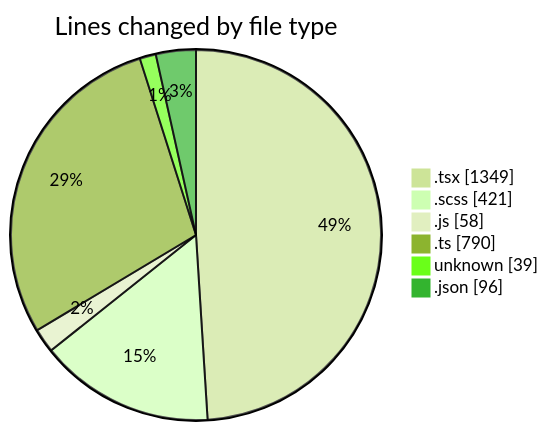
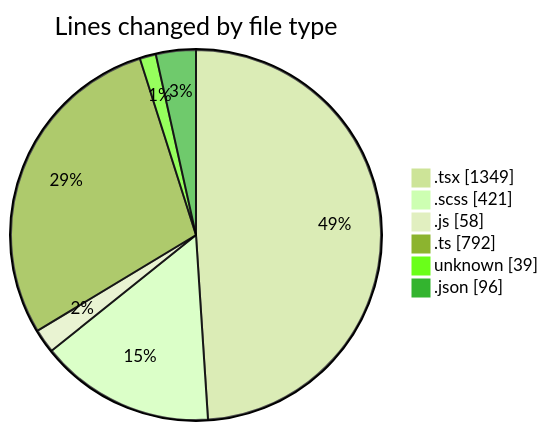
Before and after one commit to momahboobian/code-tracking: the first of 2 diagrams in 2025-05-02/cda/README.md, drawn with Mermaid (forest theme). The commit also changed other lines of this file and 1 other file, not shown here.

````diff
--- a/2025-05-02/cda/README.md
+++ b/2025-05-02/cda/README.md
@@ -38,10 +38,10 @@
 ```mermaid
 pie showData
 title Lines changed by file type
 ".tsx" : 1349
 ".scss" : 421
 ".js" : 58
-".ts" : 790
+".ts" : 792
 "unknown" : 39
 ".json" : 96
 ```
````
